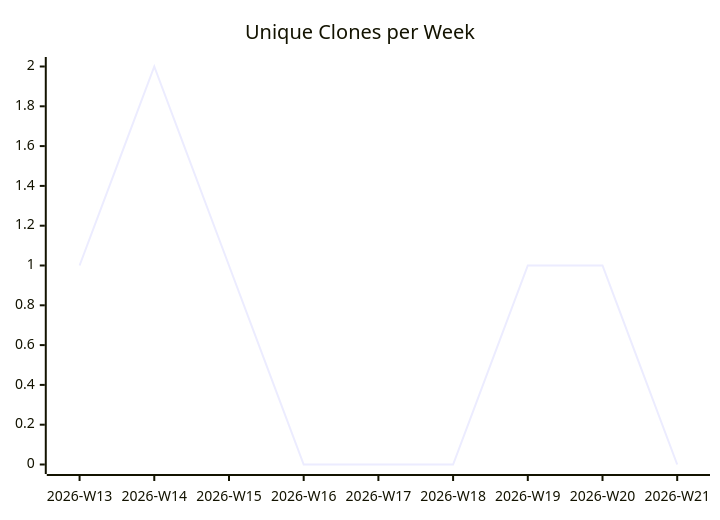
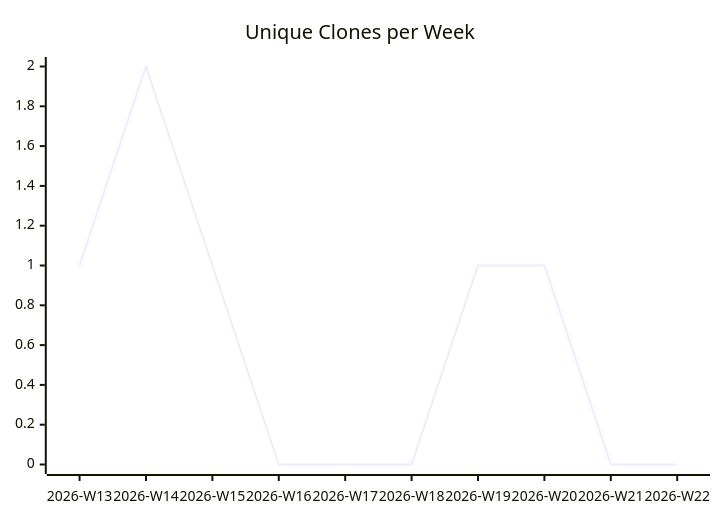
Before and after one commit to justdavis-family/github-analytics-data: the third of 3 diagrams in karlmdavis/ansible-jenkins/README.md, drawn with Mermaid. The commit also changed other lines of this file and 190 other files, not shown here.

````diff
--- a/karlmdavis/ansible-jenkins/README.md
+++ b/karlmdavis/ansible-jenkins/README.md
@@ -19,6 +19,6 @@
 ```mermaid
 xychart-beta
   title "Unique Clones per Week"
-  x-axis ["2026-W13", "2026-W14", "2026-W15", "2026-W16", "2026-W17", "2026-W18", "2026-W19", "2026-W20", "2026-W21"]
-  line [1, 2, 1, 0, 0, 0, 1, 1, 0]
+  x-axis ["2026-W13", "2026-W14", "2026-W15", "2026-W16", "2026-W17", "2026-W18", "2026-W19", "2026-W20", "2026-W21", "2026-W22"]
+  line [1, 2, 1, 0, 0, 0, 1, 1, 0, 0]
 ```
````
